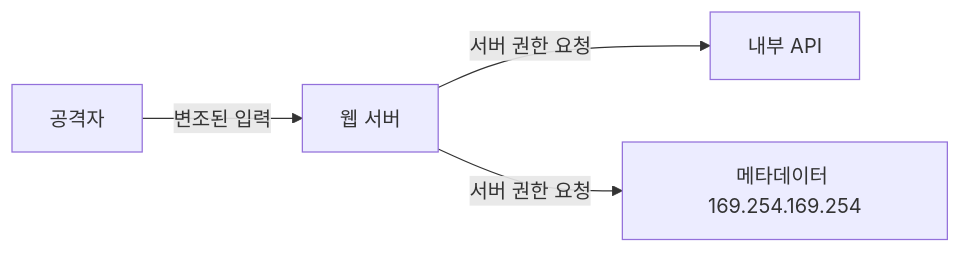
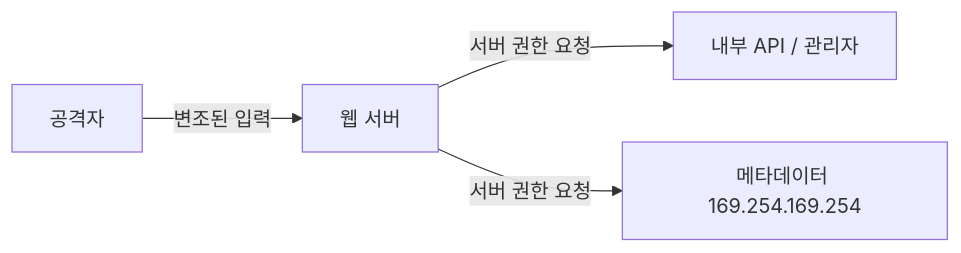
One commit to logiciris/logiciris.github.io changed the diagram in _notes/ssrf.md. Above: the diagram before and after it, drawn with Mermaid. The commit also changed other lines of this file, not shown here.

````diff
--- a/_notes/ssrf.md
+++ b/_notes/ssrf.md
@@ -18,6 +18,6 @@
 ```mermaid
 flowchart LR
   A["공격자"] -->|변조된 입력| B["웹 서버"]
-  B -->|서버 권한 요청| C["내부 API"]
+  B -->|서버 권한 요청| C["내부 API / 관리자"]
   B -->|서버 권한 요청| D["메타데이터 169.254.169.254"]
 ```
````
